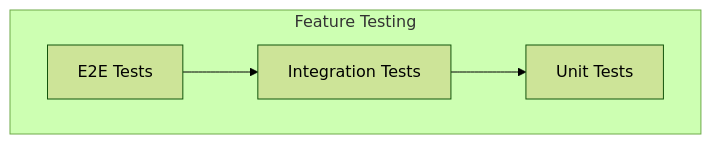
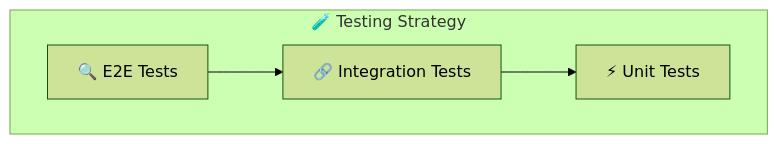
The tenth of 17 diagrams in README.md (sep490-drivemate-system/webapp), drawn with Mermaid (forest theme) before and after one commit. The commit also changed other lines of this file and 1 other file, not shown here.

````diff
--- a/README.md
+++ b/README.md
@@ -449,11 +277,11 @@
 ```mermaid
 graph TB
-    subgraph "Feature Testing"
-        E2E[E2E Tests]
-        Integration[Integration Tests]
-        Unit[Unit Tests]
+    subgraph "🧪 Testing Strategy"
+        E2E[🔍 E2E Tests]
+        Integration[🔗 Integration Tests]
+        Unit[⚡ Unit Tests]
     end
     
     E2E --> Integration
     Integration --> Unit
 ```
````
